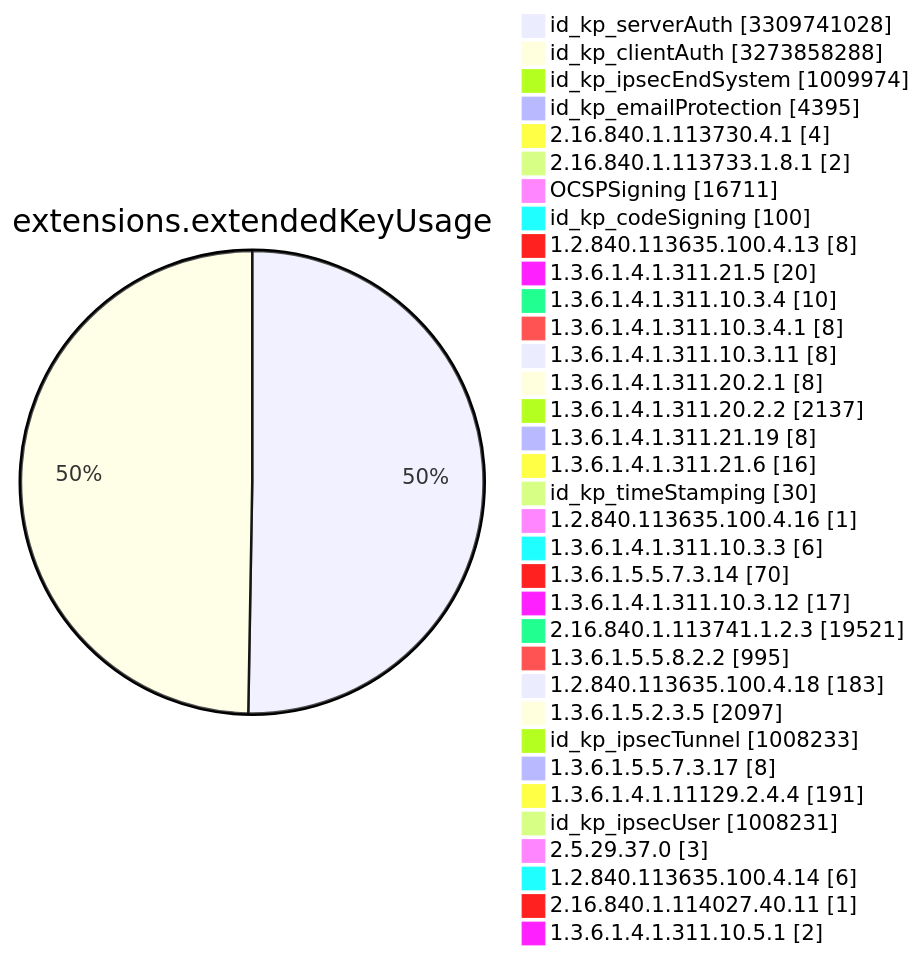
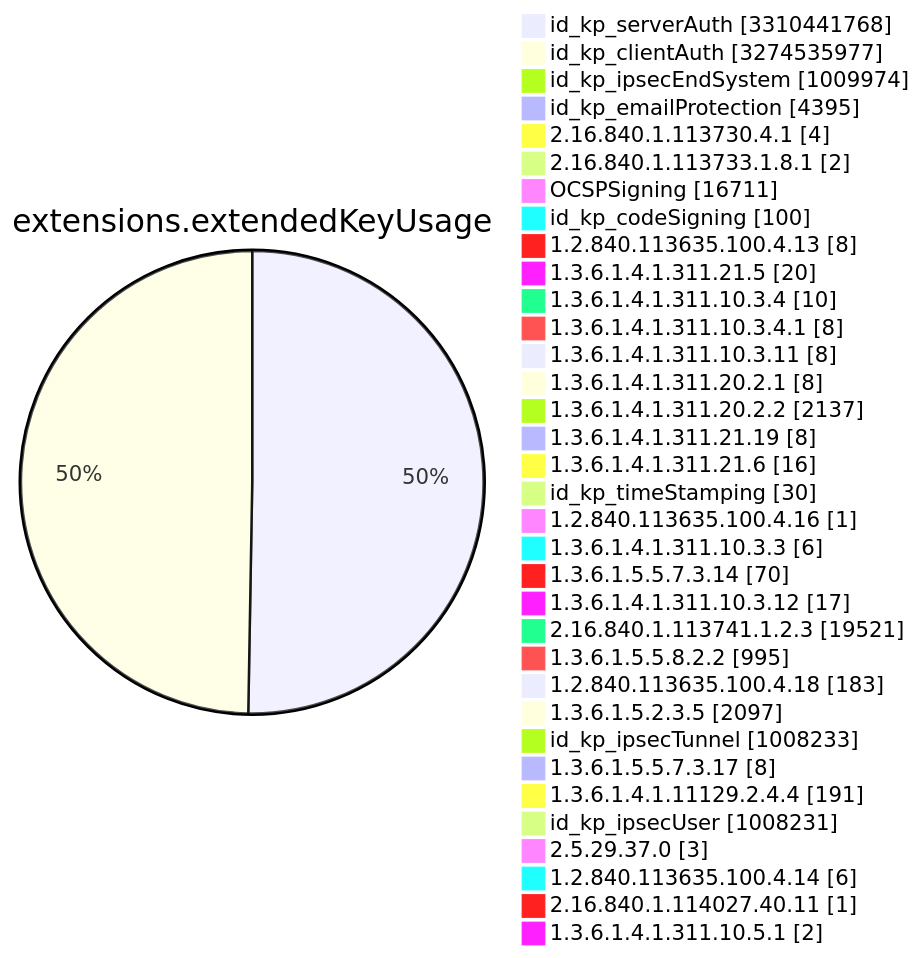
Diagram 11 of 15 in TOTAL/README.md (christiankrug/ctmonitor_visualization), drawn with Mermaid before and after one commit. The commit also changed other lines of this file, not shown here.

````diff
--- a/TOTAL/README.md
+++ b/TOTAL/README.md
@@ -4120,38 +4120,38 @@
 ```mermaid
 pie showData
 title extensions.extendedKeyUsage
-"id_kp_serverAuth" :3309741028
-"id_kp_clientAuth" :3273858288
+"id_kp_serverAuth" :3310441768
+"id_kp_clientAuth" :3274535977
 "id_kp_ipsecEndSystem" :1009974
 "id_kp_emailProtection" :4395
 "2.16.840.1.113730.4.1" :4
 "2.16.840.1.113733.1.8.1" :2
 "OCSPSigning" :16711
 "id_kp_codeSigning" :100
 "1.2.840.113635.100.4.13" :8
 "1.3.6.1.4.1.311.21.5" :20
 "1.3.6.1.4.1.311.10.3.4" :10
 "1.3.6.1.4.1.311.10.3.4.1" :8
 "1.3.6.1.4.1.311.10.3.11" :8
 "1.3.6.1.4.1.311.20.2.1" :8
 "1.3.6.1.4.1.311.20.2.2" :2137
 "1.3.6.1.4.1.311.21.19" :8
 "1.3.6.1.4.1.311.21.6" :16
 "id_kp_timeStamping" :30
 "1.2.840.113635.100.4.16" :1
 "1.3.6.1.4.1.311.10.3.3" :6
 "1.3.6.1.5.5.7.3.14" :70
 "1.3.6.1.4.1.311.10.3.12" :17
 "2.16.840.1.113741.1.2.3" :19521
 "1.3.6.1.5.5.8.2.2" :995
 "1.2.840.113635.100.4.18" :183
 "1.3.6.1.5.2.3.5" :2097
 "id_kp_ipsecTunnel" :1008233
 "1.3.6.1.5.5.7.3.17" :8
 "1.3.6.1.4.1.11129.2.4.4" :191
 "id_kp_ipsecUser" :1008231
 "2.5.29.37.0" :3
 "1.2.840.113635.100.4.14" :6
 "2.16.840.1.114027.40.11" :1
 "1.3.6.1.4.1.311.10.5.1" :2
 ```
````
